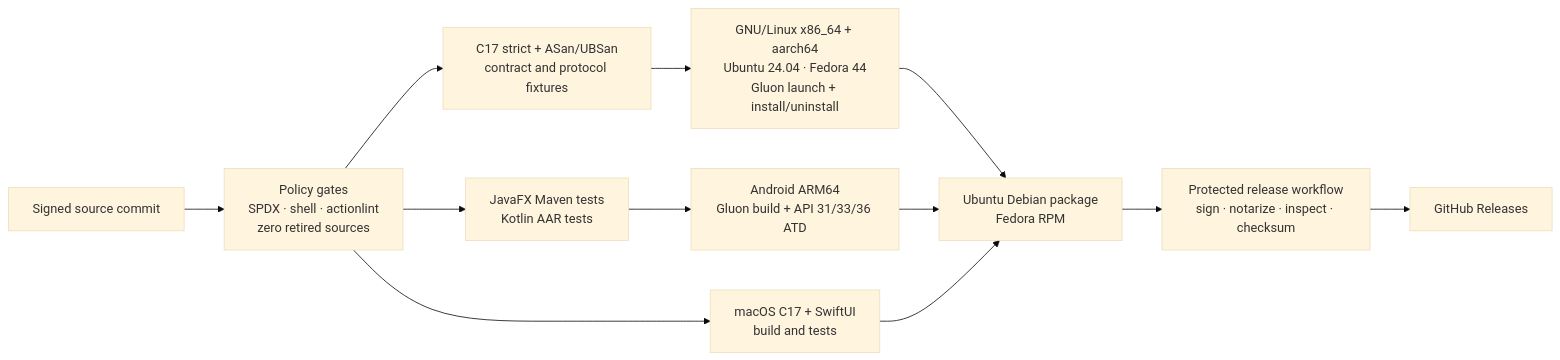
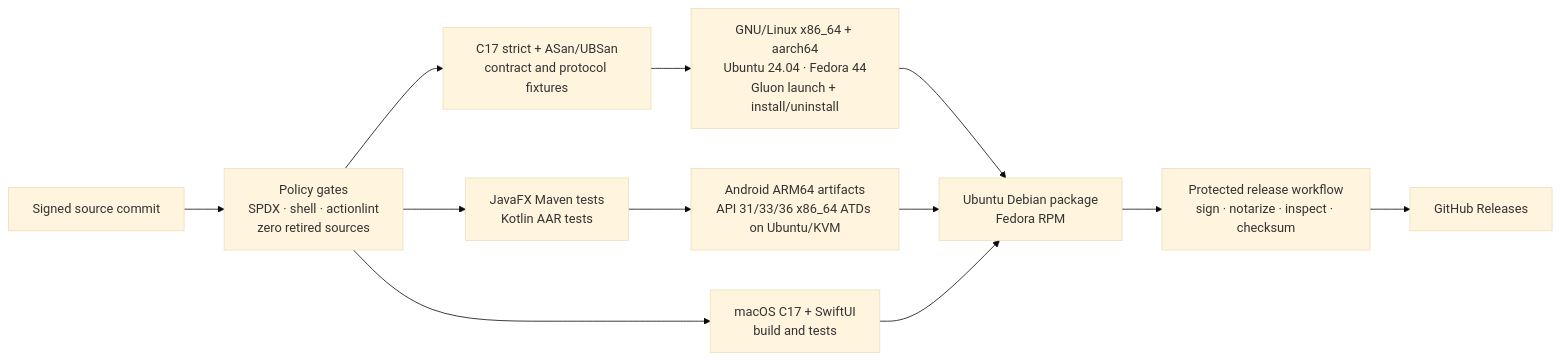
One commit to JohnThre/clambhook changed the third of 4 diagrams in README.md. Above: the diagram before and after it, drawn with Mermaid (base theme). The commit also changed 11 other files, not shown here.

Commit message:
Run Android journeys on Ubuntu KVM

````diff
--- a/README.md
+++ b/README.md
@@ -178,14 +178,14 @@
 ```mermaid
 flowchart LR
     source["Signed source commit"] --> policy["Policy gates<br/>SPDX · shell · actionlint<br/>zero retired sources"]
     policy --> ctest["C17 strict + ASan/UBSan<br/>contract and protocol fixtures"]
     policy --> jvm["JavaFX Maven tests<br/>Kotlin AAR tests"]
     policy --> apple["macOS C17 + SwiftUI<br/>build and tests"]
     ctest --> linux["GNU/Linux x86_64 + aarch64<br/>Ubuntu 24.04 · Fedora 44<br/>Gluon launch + install/uninstall"]
-    jvm --> android["Android ARM64<br/>Gluon build + API 31/33/36 ATD"]
+    jvm --> android["Android ARM64 artifacts<br/>API 31/33/36 x86_64 ATDs on Ubuntu/KVM"]
     linux --> packages["Ubuntu Debian package<br/>Fedora RPM"]
     android --> packages
     apple --> packages
     packages --> protected["Protected release workflow<br/>sign · notarize · inspect · checksum"]
     protected --> releases["GitHub Releases"]
 ```
````
